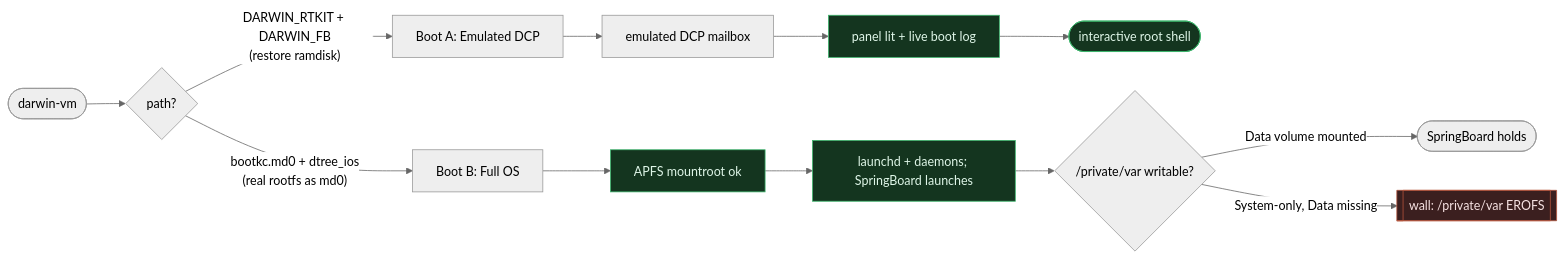
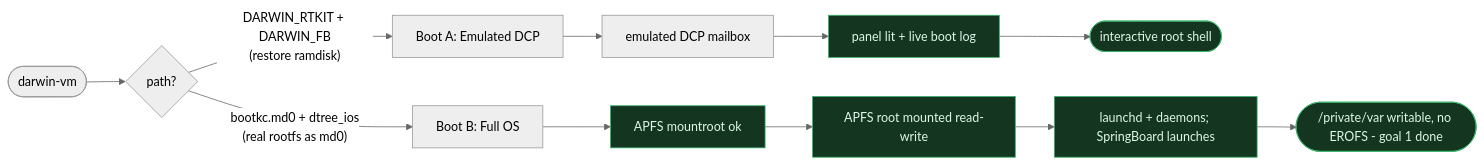
The third of 5 diagrams in README.md (MaliosDark/ios27-cl4-secure-world), drawn with Mermaid (neutral theme) before and after one commit. The commit also changed other lines of this file and 1 other file, not shown here.

````diff
--- a/README.md
+++ b/README.md
@@ -179,21 +179,19 @@
 ```mermaid
 flowchart LR
     START([darwin-vm]) --> A{path?}
 
     A -->|"DARWIN_RTKIT + DARWIN_FB<br/>(restore ramdisk)"| BA["Boot A: Emulated DCP"]
     BA --> BA1["emulated DCP mailbox"]
     BA1 --> BA2["panel lit + live boot log"]
     BA2 --> BA3([interactive root shell])
 
     A -->|"bootkc.md0 + dtree_ios<br/>(real rootfs as md0)"| BB["Boot B: Full OS"]
     BB --> BB1["APFS mountroot ok"]
-    BB1 --> BB2["launchd + daemons; SpringBoard launches"]
-    BB2 --> BB3{"/private/var writable?"}
-    BB3 -->|Data volume mounted| BB4([SpringBoard holds])
-    BB3 -->|System-only, Data missing| BB5[["wall: /private/var EROFS"]]
+    BB1 --> BB2["APFS root mounted read-write"]
+    BB2 --> BB3["launchd + daemons; SpringBoard launches"]
+    BB3 --> BB4([/private/var writable, no EROFS - goal 1 done])
 
     classDef ok fill:#14351f,stroke:#3cb56c,color:#dff6e8;
     classDef blk fill:#3b1f1f,stroke:#b5533c,color:#f6e2e2;
-    class BA2,BA3,BB1,BB2 ok;
-    class BB5 blk;
+    class BA2,BA3,BB1,BB2,BB3,BB4 ok;
 ```
````
